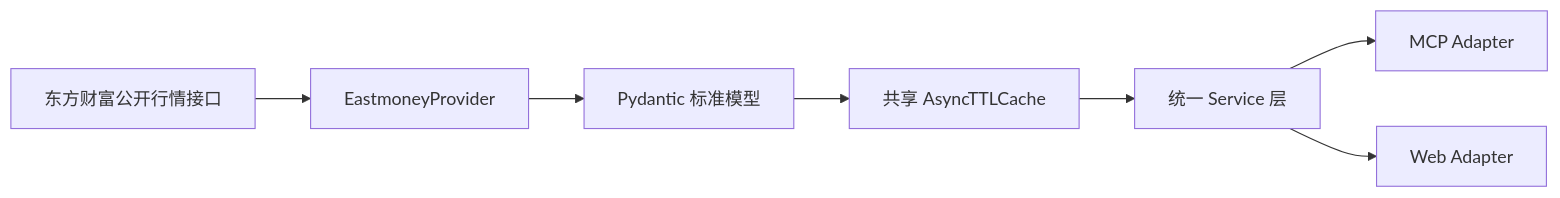
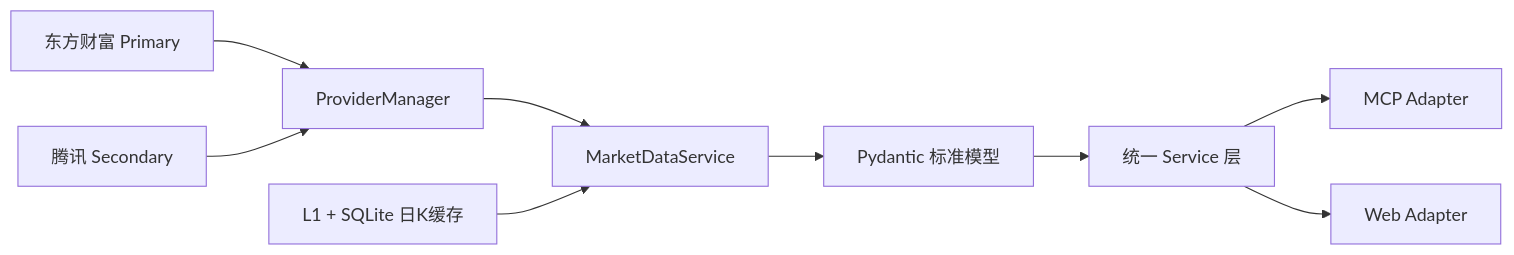
The first of 2 diagrams in docs/development-design.md (yoongyoongs/gpt-market), drawn with Mermaid before and after one commit. The commit also changed other lines of this file and 24 other files, not shown here.

````diff
--- a/docs/development-design.md
+++ b/docs/development-design.md
@@ -24,9 +24,11 @@
 ```mermaid
 flowchart LR
-    EM[东方财富公开行情接口] --> P[EastmoneyProvider]
-    P --> N[Pydantic 标准模型]
-    N --> C[共享 AsyncTTLCache]
-    C --> S[统一 Service 层]
+    EM[东方财富 Primary] --> PM[ProviderManager]
+    TX[腾讯 Secondary] --> PM
+    PM --> MD[MarketDataService]
+    KC[L1 + SQLite 日K缓存] --> MD
+    MD --> N[Pydantic 标准模型]
+    N --> S[统一 Service 层]
     S --> M[MCP Adapter]
     S --> W[Web Adapter]
 ```
````
